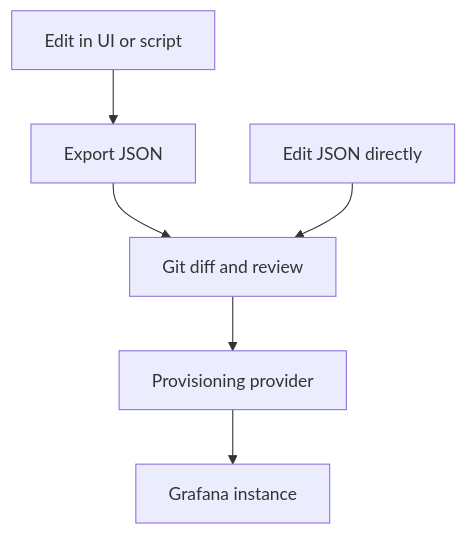
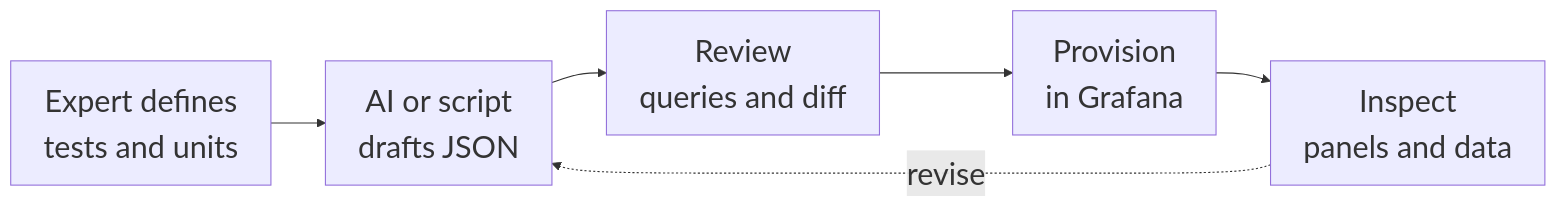
The second of 4 diagrams in slides.md (hanx-hep/2026-cepc-dci), drawn with Mermaid before and after one commit. The commit also changed other lines of this file and 2 other files, not shown here.

Commit message:
feat: reorganize Grafana, probing, alerting and middleware slides

````diff
--- a/slides.md
+++ b/slides.md
@@ -156,8 +194,9 @@
-```mermaid {scale: 0.56}
-flowchart TD
-    A[Edit in UI or script] --> E
-    E[Export JSON] --> B
-    F[Edit JSON directly] --> B
-    B[Git diff and review] --> C[Provisioning provider]
-    C --> D[Grafana instance]
+```mermaid {scale: 0.62}
+%%{init: {"themeVariables": {"fontSize": "28px"}}}%%
+flowchart LR
+    A[Expert defines<br/>tests and units] --> B[AI or script<br/>drafts JSON]
+    B --> C[Review<br/>queries and diff]
+    C --> D[Provision<br/>in Grafana]
+    D --> E[Inspect<br/>panels and data]
+    E -. revise .-> B
 ```
````
